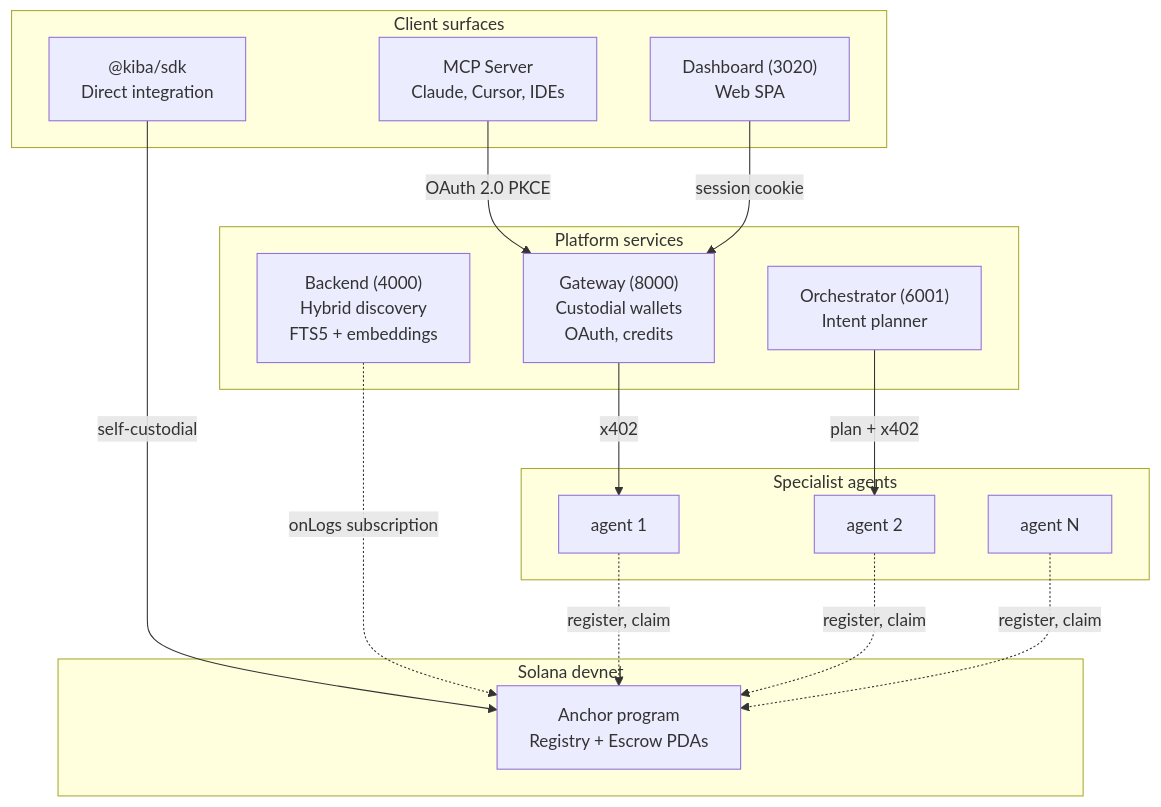
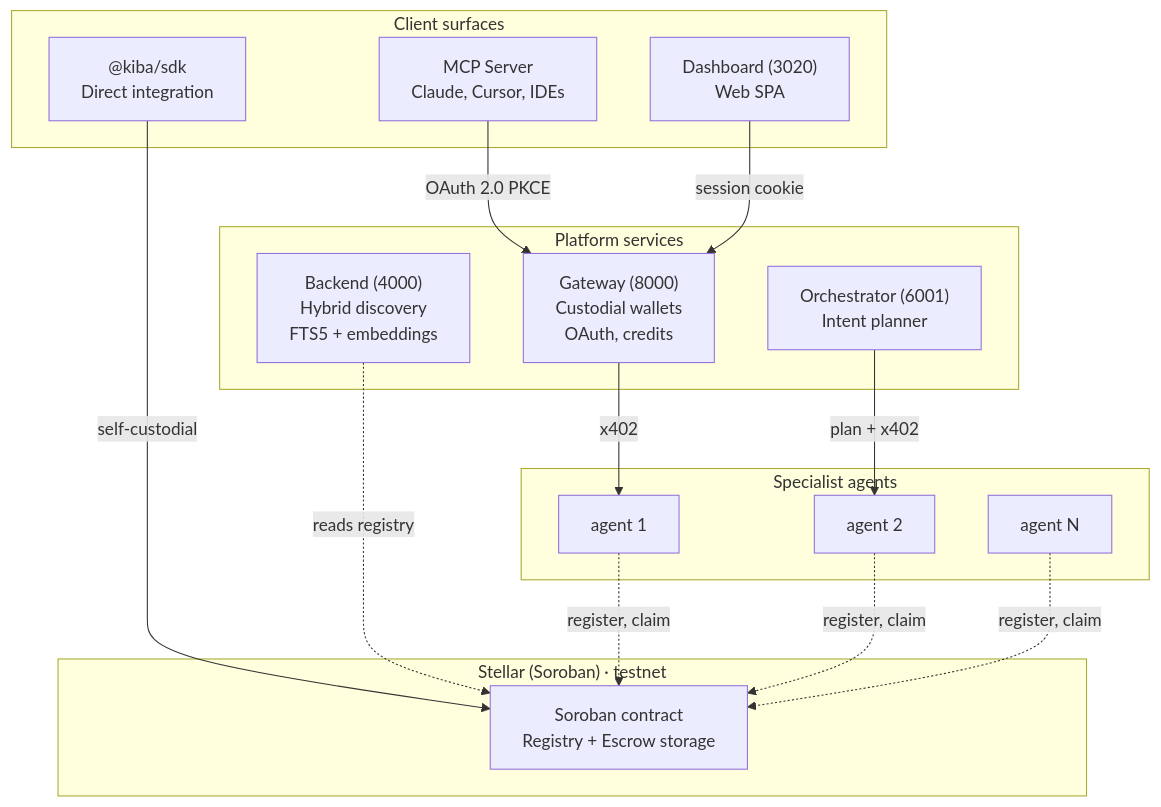
The first of 2 diagrams in README.md (CoKeFish/kiba), drawn with Mermaid before and after one commit. The commit also changed other lines of this file and 52 other files, not shown here.

First line of the commit message:
docs+assets: Stellar/Soroban README & architecture + kiba raster

````diff
--- a/README.md
+++ b/README.md
@@ -62,32 +64,32 @@
 ```mermaid
 graph TB
-    subgraph chain["Solana devnet"]
-        SC["Anchor program<br/>Registry + Escrow PDAs"]
+    subgraph chain["Stellar (Soroban) · testnet"]
+        SC["Soroban contract<br/>Registry + Escrow storage"]
     end
 
     subgraph platform["Platform services"]
         BE["Backend (4000)<br/>Hybrid discovery<br/>FTS5 + embeddings"]
         GW["Gateway (8000)<br/>Custodial wallets<br/>OAuth, credits"]
         ORCH["Orchestrator (6001)<br/>Intent planner"]
     end
 
     subgraph clients["Client surfaces"]
         MCP["MCP Server<br/>Claude, Cursor, IDEs"]
         SDK["@kiba/sdk<br/>Direct integration"]
         DASH["Dashboard (3020)<br/>Web SPA"]
     end
 
     subgraph agents["Specialist agents"]
         A1["agent 1"]
         A2["agent 2"]
         A3["agent N"]
     end
 
     MCP -->|OAuth 2.0 PKCE| GW
     SDK -->|self-custodial| SC
     DASH -->|session cookie| GW
     GW -->|x402| A1
     ORCH -->|plan + x402| A2
-    BE -.->|onLogs subscription| SC
+    BE -.->|reads registry| SC
     A1 & A2 & A3 -.->|register, claim| SC
 ```
````
